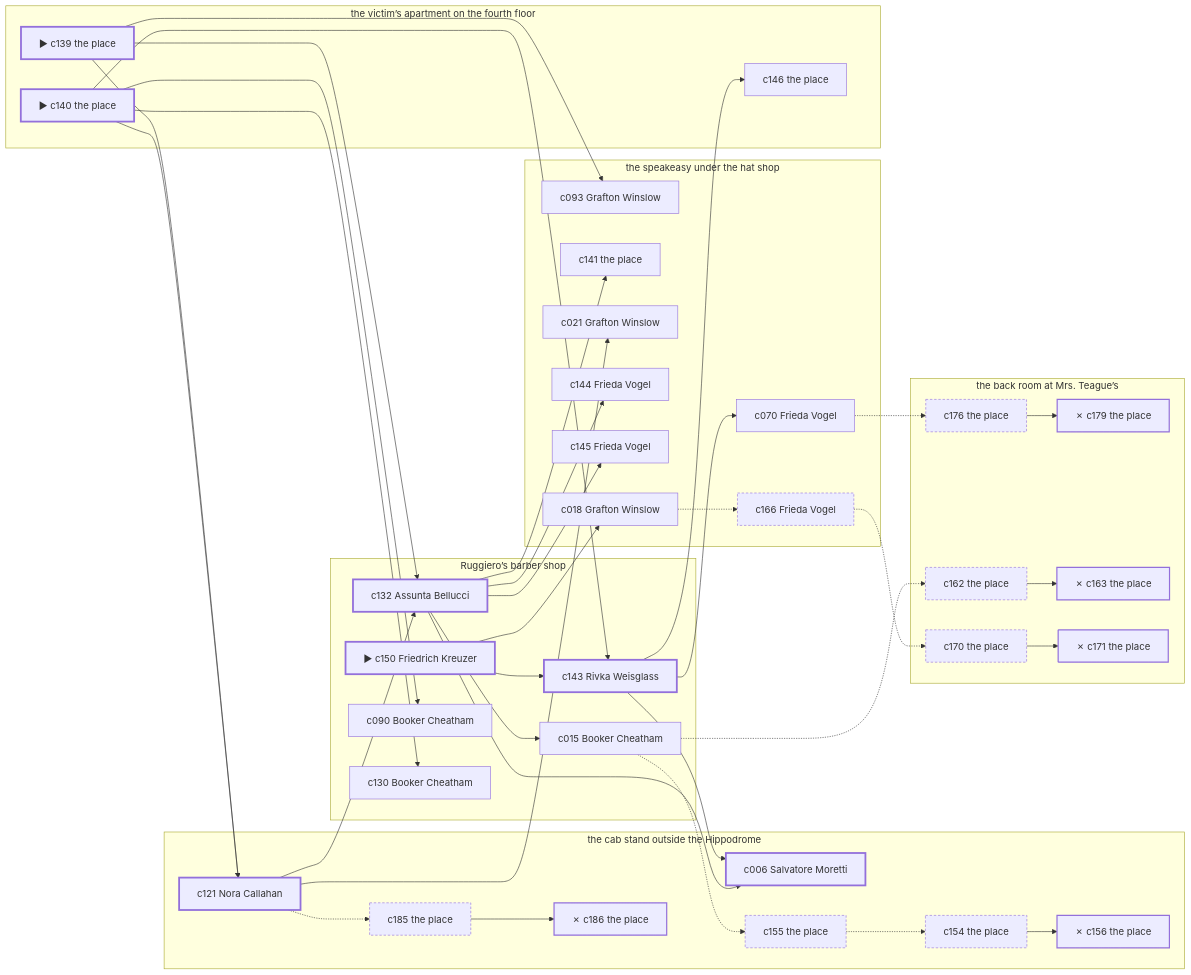
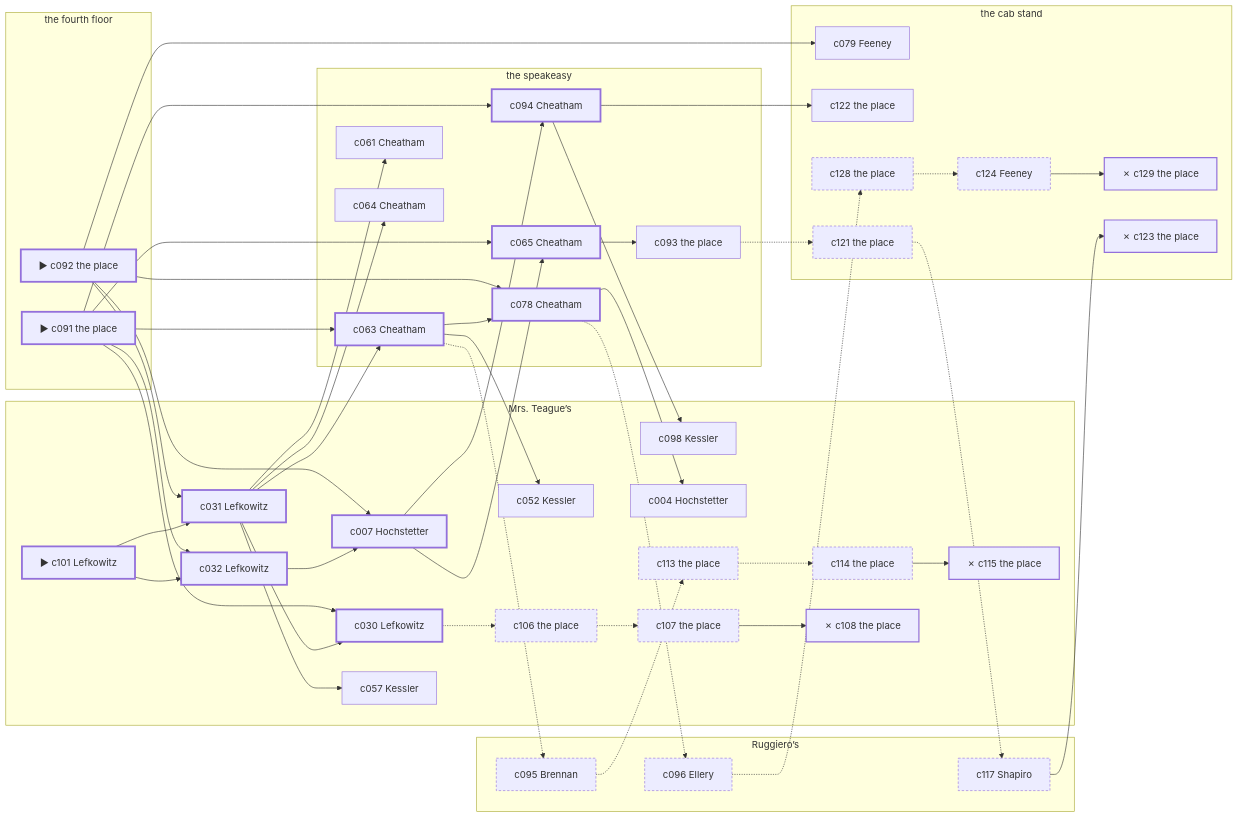
The diagram in docs/samples/case-15.md (lyamshin/dashiell), drawn with Mermaid before and after one commit. The commit also changed other lines of this file and 60 other files, not shown here.

````diff
--- a/docs/samples/case-15.md
+++ b/docs/samples/case-15.md
@@ -302,82 +314,94 @@
 ```mermaid
 graph LR
-  subgraph P1["Ruggiero’s barber shop"]
-    c150["▶ c150 Friedrich Kreuzer"]
-    c143["c143 Rivka Weisglass"]
-    c132["c132 Assunta Bellucci"]
-    c090["c090 Booker Cheatham"]
-    c130["c130 Booker Cheatham"]
-    c015["c015 Booker Cheatham"]
+  subgraph P1["Ruggiero’s"]
+    c095["c095 Brennan"]
+    c096["c096 Ellery"]
+    c117["c117 Shapiro"]
   end
-  subgraph P2["the back room at Mrs. Teague’s"]
-    c176["c176 the place"]
-    c179["✗ c179 the place"]
-    c162["c162 the place"]
-    c163["✗ c163 the place"]
-    c170["c170 the place"]
-    c171["✗ c171 the place"]
+  subgraph P2["Mrs. Teague’s"]
+    c101["▶ c101 Lefkowitz"]
+    c031["c031 Lefkowitz"]
+    c032["c032 Lefkowitz"]
+    c030["c030 Lefkowitz"]
+    c007["c007 Hochstetter"]
+    c098["c098 Kessler"]
+    c052["c052 Kessler"]
+    c004["c004 Hochstetter"]
+    c057["c057 Kessler"]
+    c113["c113 the place"]
+    c114["c114 the place"]
+    c115["✗ c115 the place"]
+    c106["c106 the place"]
+    c107["c107 the place"]
+    c108["✗ c108 the place"]
   end
-  subgraph P3["the speakeasy under the hat shop"]
-    c093["c093 Grafton Winslow"]
-    c141["c141 the place"]
-    c021["c021 Grafton Winslow"]
-    c144["c144 Frieda Vogel"]
-    c145["c145 Frieda Vogel"]
-    c070["c070 Frieda Vogel"]
-    c018["c018 Grafton Winslow"]
-    c166["c166 Frieda Vogel"]
+  subgraph P3["the speakeasy"]
+    c094["c094 Cheatham"]
+    c065["c065 Cheatham"]
+    c063["c063 Cheatham"]
+    c078["c078 Cheatham"]
+    c061["c061 Cheatham"]
+    c093["c093 the place"]
+    c064["c064 Cheatham"]
   end
-  subgraph P4["the cab stand outside the Hippodrome"]
-    c121["c121 Nora Callahan"]
-    c006["c006 Salvatore Moretti"]
-    c155["c155 the place"]
-    c154["c154 the place"]
-    c156["✗ c156 the place"]
-    c185["c185 the place"]
-    c186["✗ c186 the place"]
+  subgraph P4["the cab stand"]
+    c079["c079 Feeney"]
+    c122["c122 the place"]
+    c128["c128 the place"]
+    c124["c124 Feeney"]
+    c129["✗ c129 the place"]
+    c121["c121 the place"]
+    c123["✗ c123 the place"]
   end
-  subgraph P5["the victim’s apartment on the fourth floor"]
-    c139["▶ c139 the place"]
-    c140["▶ c140 the place"]
-    c146["c146 the place"]
+  subgraph P5["the fourth floor"]
+    c091["▶ c091 the place"]
+    c092["▶ c092 the place"]
   end
-  c139 --> c121
-  c139 --> c132
-  c139 --> c093
-  c140 --> c121
-  c140 --> c143
-  c140 --> c090
-  c140 --> c130
-  c150 --> c143
-  c150 --> c018
-  c121 --> c132
-  c121 --> c021
-  c121 -.-> c185
-  c143 --> c006
-  c143 --> c146
-  c143 --> c070
-  c132 --> c006
-  c132 --> c141
-  c132 --> c144
-  c132 --> c145
-  c132 --> c015
-  c070 -.-> c176
-  c015 -.-> c155
-  c015 -.-> c162
-  c018 -.-> c166
-  c155 -.-> c154
-  c154 --> c156
-  c176 --> c179
-  c185 --> c186
-  c162 --> c163
-  c166 -.-> c170
-  c170 --> c171
+  c091 --> c032
+  c091 --> c030
+  c091 --> c094
+  c091 --> c065
+  c091 --> c063
+  c092 --> c031
+  c092 --> c007
+  c092 --> c078
+  c092 --> c079
+  c101 --> c031
+  c101 --> c032
+  c031 --> c030
+  c031 --> c063
+  c031 --> c061
+  c031 --> c064
+  c031 --> c057
+  c032 --> c007
+  c030 -.-> c106
+  c007 --> c094
+  c007 --> c065
+  c094 --> c098
+  c094 --> c122
+  c065 --> c093
+  c063 --> c078
+  c063 --> c052
+  c063 -.-> c095
+  c078 --> c004
+  c078 -.-> c096
+  c093 -.-> c121
+  c095 -.-> c113
+  c113 -.-> c114
+  c114 --> c115
+  c096 -.-> c128
+  c128 -.-> c124
+  c124 --> c129
+  c121 -.-> c117
+  c117 --> c123
+  c106 -.-> c107
+  c107 --> c108
   classDef spine stroke-width:3px;
   classDef corrob stroke-width:1px;
   classDef noise stroke-dasharray: 4 3;
   classDef disq stroke-width:2px,stroke-dasharray: 1 0;
-  class c139,c140,c150,c121,c143,c132,c006 spine;
-  class c093,c141,c021,c090,c146,c130,c144,c145,c070,c015,c018 corrob;
-  class c155,c154,c176,c185,c162,c166,c170 noise;
-  class c156,c179,c186,c163,c171 disq;
+  class c091,c092,c101,c031,c032,c030,c007,c094,c065,c063,c078 spine;
+  class c079,c061,c093,c098,c064,c052,c004,c122,c057 corrob;
+  class c095,c113,c114,c096,c128,c124,c121,c117,c106,c107 noise;
+  class c115,c129,c123,c108 disq;
 ```
````
